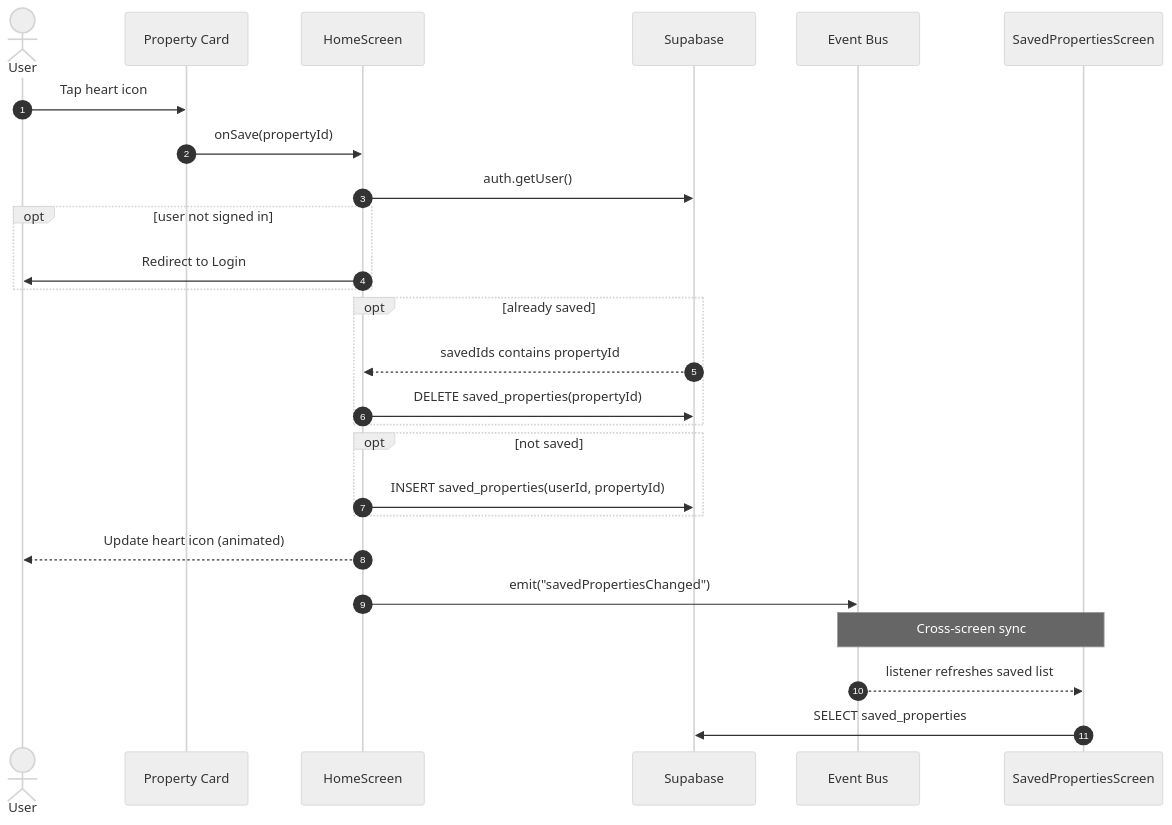
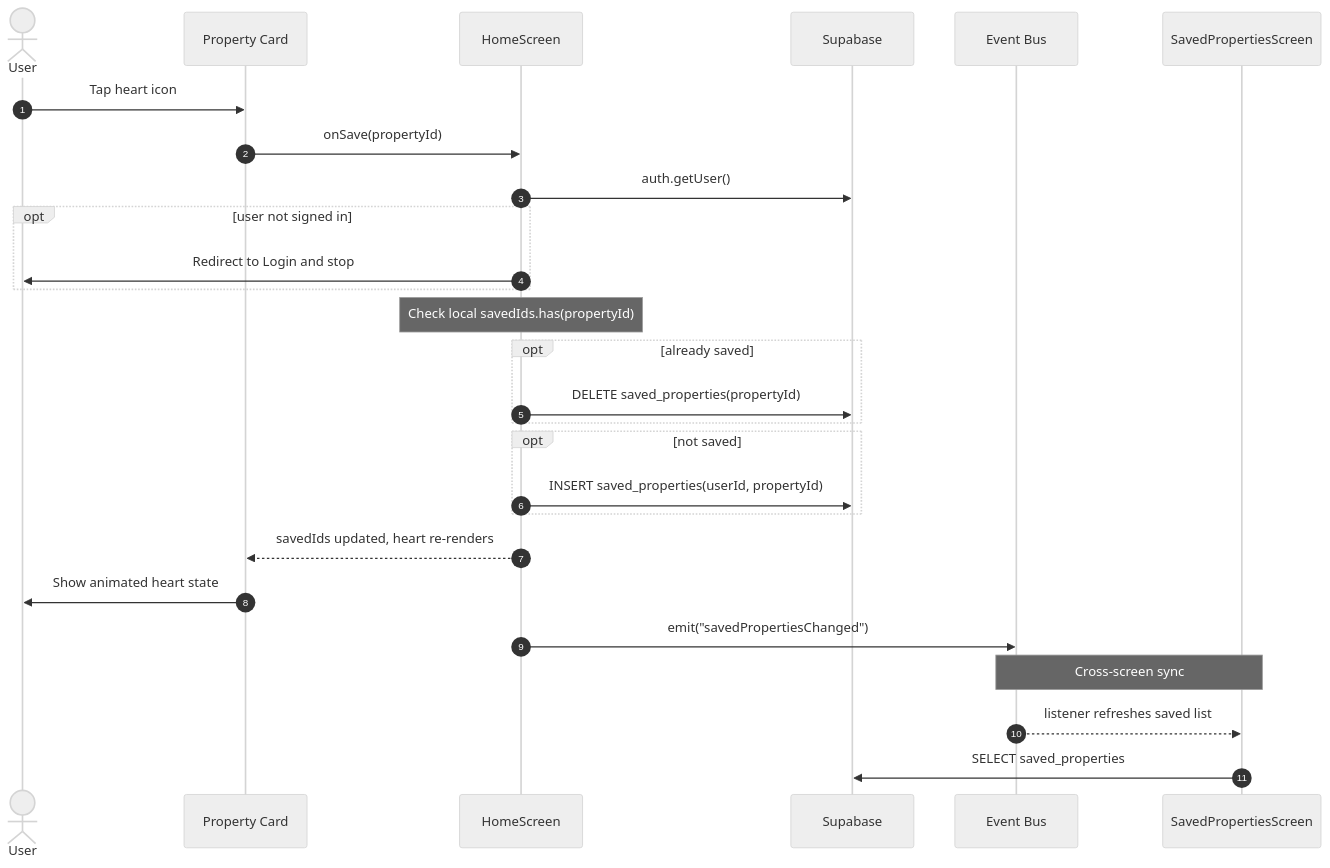
One commit to thetnaung-dev/Internship changed the diagram in docs/diagrams/sequence.mmd. Above: the diagram before and after it, drawn with Mermaid (neutral theme). The commit also changed 1 other file, not shown here.

Commit message:
docs: fix sequence diagram to match actual save flow (local state check, card animation)

```diff
--- a/docs/diagrams/sequence.mmd
+++ b/docs/diagrams/sequence.mmd
@@ -1,31 +1,33 @@
 sequenceDiagram
     autonumber
     actor U as User
     participant C as Property Card
     participant H as HomeScreen
     participant S as Supabase
     participant EB as Event Bus
     participant SP as SavedPropertiesScreen
 
     U->>C: Tap heart icon
     C->>H: onSave(propertyId)
     H->>S: auth.getUser()
 
     opt user not signed in
-        H->>U: Redirect to Login
+        H->>U: Redirect to Login and stop
     end
 
+    Note over H: Check local savedIds.has(propertyId)
+
     opt already saved
-        S-->>H: savedIds contains propertyId
         H->>S: DELETE saved_properties(propertyId)
     end
 
     opt not saved
         H->>S: INSERT saved_properties(userId, propertyId)
     end
 
-    H-->>U: Update heart icon (animated)
+    H-->>C: savedIds updated, heart re-renders
+    C->>U: Show animated heart state
     H->>EB: emit("savedPropertiesChanged")
     Note over EB,SP: Cross-screen sync
     EB-->>SP: listener refreshes saved list
     SP->>S: SELECT saved_properties
```
